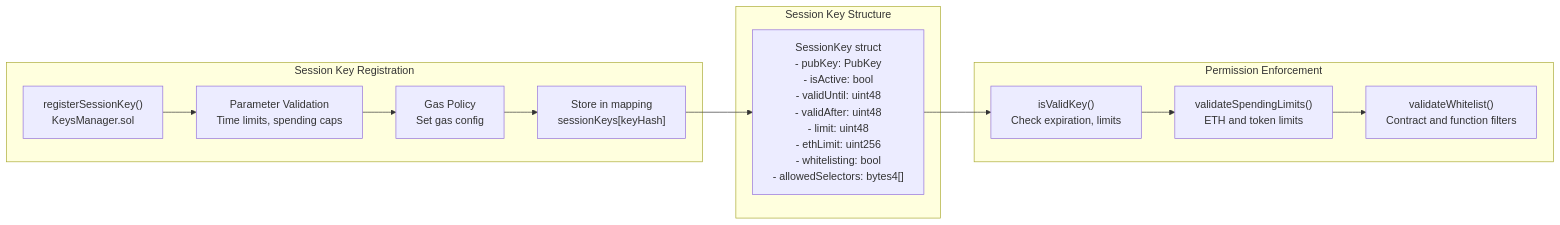
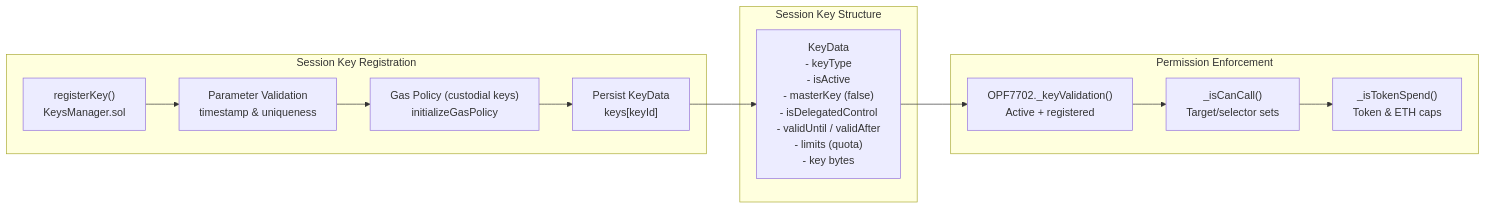
The third of 3 diagrams in docs/Architecture.md (openfort-xyz/openfort-7702-account), drawn with Mermaid before and after one commit. The commit also changed other lines of this file, not shown here.

Commit message:
(doc) docs/Architecture.md

````diff
--- a/docs/Architecture.md
+++ b/docs/Architecture.md
@@ -377,28 +360,28 @@
 ```mermaid
 flowchart LR
     subgraph "Session Key Registration"
-        RegisterKey["registerSessionKey()<br/>KeysManager.sol"]
-        ValidateParams["Parameter Validation<br/>Time limits, spending caps"]
-        GasPolicy["Gas Policy<br/>Set gas config"]
-        StoreKey["Store in mapping<br/>sessionKeys[keyHash]"]
+        RegisterKey["registerKey()<br/>KeysManager.sol"]
+        ValidateParams["Parameter Validation<br/>timestamp & uniqueness"]
+        GasPolicy["Gas Policy (custodial keys)<br/>initializeGasPolicy"]
+        StoreKey["Persist KeyData<br/>keys[keyId]"]
     end
     
     subgraph "Session Key Structure"
-        SessionKeyStruct["SessionKey struct<br/>- pubKey: PubKey<br/>- isActive: bool<br/>- validUntil: uint48<br/>- validAfter: uint48<br/>- limit: uint48<br/>- ethLimit: uint256<br/>- whitelisting: bool<br/>- allowedSelectors: bytes4[]"]
+        SessionKeyStruct["KeyData<br/>- keyType<br/>- isActive<br/>- masterKey (false)<br/>- isDelegatedControl<br/>- validUntil / validAfter<br/>- limits (quota)<br/>- key bytes"]
     end
     
     subgraph "Permission Enforcement"
-        ValidateKey["isValidKey()<br/>Check expiration, limits"]
-        CheckSpending["validateSpendingLimits()<br/>ETH and token limits"]
-        CheckWhitelist["validateWhitelist()<br/>Contract and function filters"]
+        ValidateKey["OPF7702._keyValidation()<br/>Active + registered"]
+        CheckSelectors["_isCanCall()<br/>Target/selector sets"]
+        CheckSpending["_isTokenSpend()<br/>Token & ETH caps"]
     end
 
     %% Flow connections
     RegisterKey --> ValidateParams
     ValidateParams --> GasPolicy
     GasPolicy --> StoreKey
     StoreKey --> SessionKeyStruct
     SessionKeyStruct --> ValidateKey
-    ValidateKey --> CheckSpending
-    CheckSpending --> CheckWhitelist
+    ValidateKey --> CheckSelectors
+    CheckSelectors --> CheckSpending
 ``` 
````
